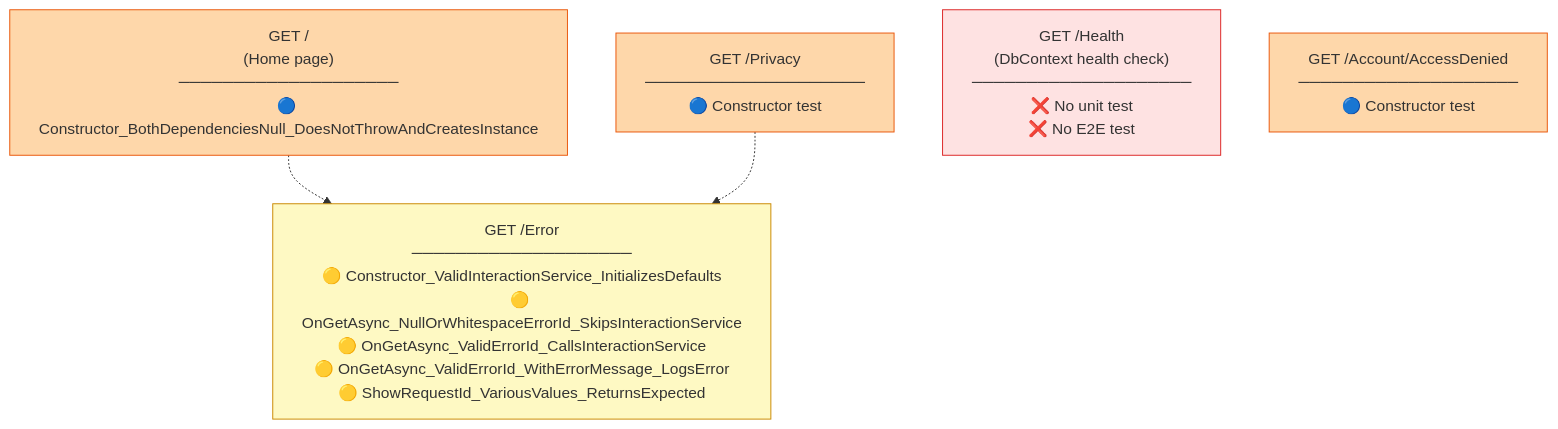
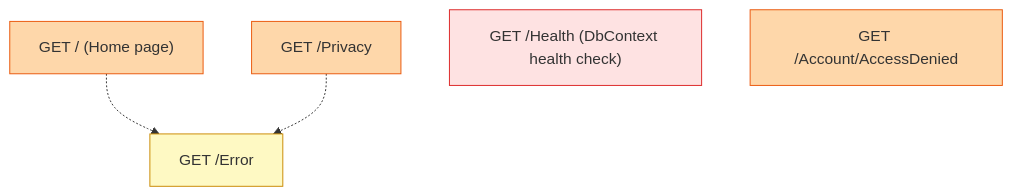
Before and after one commit to crgolden/Identity: diagram 15 of 16 in TESTING.md, drawn with Mermaid. The commit also changed other lines of this file and 15 other files, not shown here.

````diff
--- a/TESTING.md
+++ b/TESTING.md
@@ -1030,19 +1038,19 @@
 ```mermaid
 flowchart TD
     classDef unitOnly fill:#fef9c3,stroke:#ca8a04
     classDef partial fill:#fed7aa,stroke:#ea580c
     classDef noTest fill:#fee2e2,stroke:#dc2626
 
-    IndexPage["GET /\n(Home page)\n────────────────────\n🔵 Constructor_BothDependenciesNull_DoesNotThrowAndCreatesInstance"]:::partial
+    IndexPage["GET / (Home page)"]:::partial
 
-    PrivacyPage["GET /Privacy\n────────────────────\n🔵 Constructor test"]:::partial
+    PrivacyPage["GET /Privacy"]:::partial
 
-    ErrorPage["GET /Error\n────────────────────\n🟡 Constructor_ValidInteractionService_InitializesDefaults\n🟡 OnGetAsync_NullOrWhitespaceErrorId_SkipsInteractionService\n🟡 OnGetAsync_ValidErrorId_CallsInteractionService\n🟡 OnGetAsync_ValidErrorId_WithErrorMessage_LogsError\n🟡 ShowRequestId_VariousValues_ReturnsExpected"]:::unitOnly
+    ErrorPage["GET /Error"]:::unitOnly
 
-    HealthEndpoint["GET /Health\n(DbContext health check)\n────────────────────\n❌ No unit test\n❌ No E2E test"]:::noTest
+    HealthEndpoint["GET /Health (DbContext health check)"]:::noTest
 
-    AccessDeniedPage["GET /Account/AccessDenied\n────────────────────\n🔵 Constructor test"]:::partial
+    AccessDeniedPage["GET /Account/AccessDenied"]:::partial
 
     IndexPage -.-> ErrorPage
     PrivacyPage -.-> ErrorPage
 ```
````
